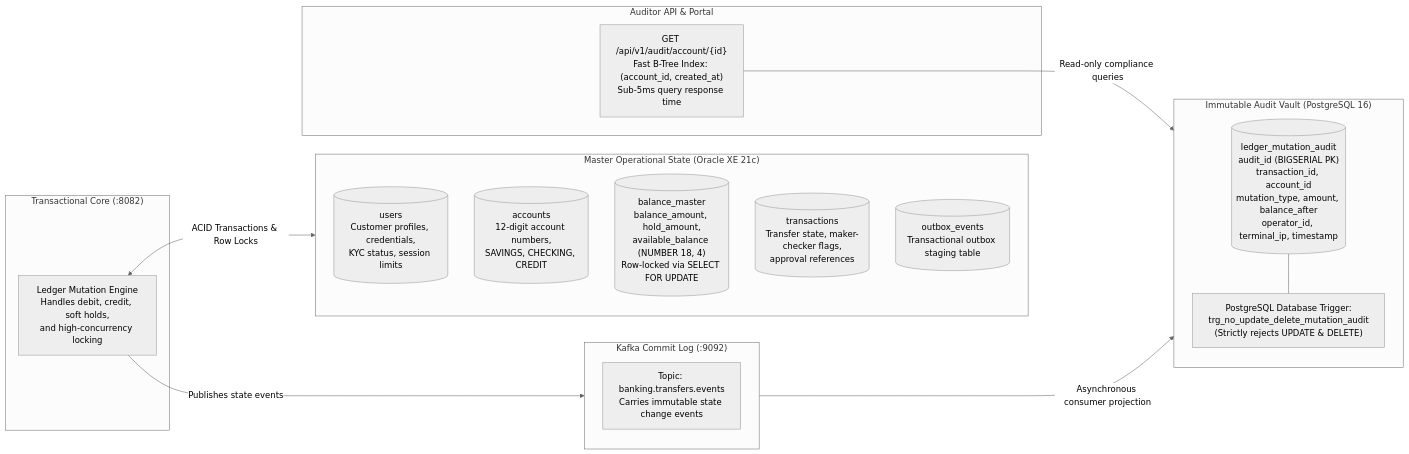
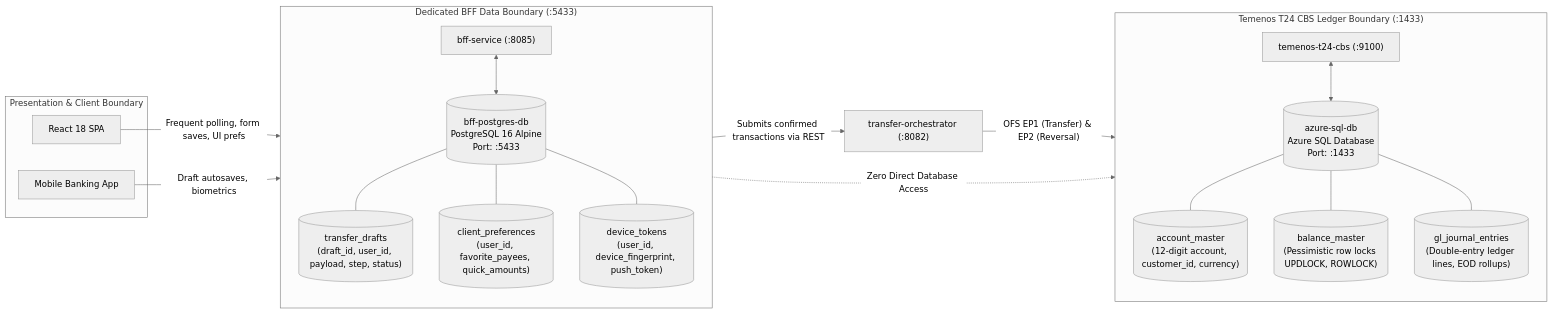
The fifth of 7 diagrams in ARCHITECTURE_DIAGRAMS.md (jmbilbao25/group3_fse_capstone), drawn with Mermaid (neutral theme) before and after one commit. The commit also changed other lines of this file, not shown here.

Commit message:
docs: update architecture diagrams with database separation and c1-c4 details

````diff
--- a/ARCHITECTURE_DIAGRAMS.md
+++ b/ARCHITECTURE_DIAGRAMS.md
@@ -302,35 +261,42 @@
 ```mermaid
 flowchart LR
-    subgraph OperationalStore["Master Operational State (Oracle XE 21c)"]
-        direction TB
-        OracleUsers[("users<br/>Customer profiles, credentials,<br/>KYC status, session limits")]
-        OracleAccounts[("accounts<br/>12-digit account numbers,<br/>SAVINGS, CHECKING, CREDIT")]
-        OracleBalance[("balance_master<br/>balance_amount, hold_amount,<br/>available_balance (NUMBER 18, 4)<br/>Row-locked via SELECT FOR UPDATE")]
-        OracleTx[("transactions<br/>Transfer state, maker-checker flags,<br/>approval references")]
-        OracleOutbox[("outbox_events<br/>Transactional outbox staging table")]
+    subgraph ClientPresentation["Presentation & Client Boundary"]
+        WebClient["React 18 SPA"]
+        MobileClient["Mobile Banking App"]
     end
 
-    subgraph LiveTransactions["Transactional Core (:8082)"]
-        LedgerCore["Ledger Mutation Engine<br/>Handles debit, credit, soft holds,<br/>and high-concurrency locking"]
+    subgraph BFFDataBoundary["Dedicated BFF Data Boundary (:5433)"]
+        direction TB
+        BFFSvc["bff-service (:8085)"]
+        BFFDB[("bff-postgres-db<br/>PostgreSQL 16 Alpine<br/>Port: :5433")]
+        DraftsTable[("transfer_drafts<br/>(draft_id, user_id, payload, step, status)")]
+        PrefsTable[("client_preferences<br/>(user_id, favorite_payees, quick_amounts)")]
+        TokensTable[("device_tokens<br/>(user_id, device_fingerprint, push_token)")]
+
+        BFFSvc <--> BFFDB
+        BFFDB --- DraftsTable
+        BFFDB --- PrefsTable
+        BFFDB --- TokensTable
     end
 
-    subgraph EventStream["Kafka Commit Log (:9092)"]
-        EventsTopic["Topic: banking.transfers.events<br/>Carries immutable state change events"]
+    subgraph CoreCBSBoundary["Temenos T24 CBS Ledger Boundary (:1433)"]
+        direction TB
+        T24App["temenos-t24-cbs (:9100)"]
+        CBSMasterDB[("azure-sql-db<br/>Azure SQL Database<br/>Port: :1433")]
+        AccountTable[("account_master<br/>(12-digit account, customer_id, currency)")]
+        BalanceTable[("balance_master<br/>(Pessimistic row locks UPDLOCK, ROWLOCK)")]
+        GLJournal[("gl_journal_entries<br/>(Double-entry ledger lines, EOD rollups)")]
+
+        T24App <--> CBSMasterDB
+        CBSMasterDB --- AccountTable
+        CBSMasterDB --- BalanceTable
+        CBSMasterDB --- GLJournal
     end
 
-    subgraph AuditStore["Immutable Audit Vault (PostgreSQL 16)"]
-        direction TB
-        AuditLog[("ledger_mutation_audit<br/>audit_id (BIGSERIAL PK)<br/>transaction_id, account_id<br/>mutation_type, amount, balance_after<br/>operator_id, terminal_ip, timestamp")]
-        TriggerBlock["PostgreSQL Database Trigger:<br/>trg_no_update_delete_mutation_audit<br/>(Strictly rejects UPDATE & DELETE)"]
-        AuditLog --- TriggerBlock
-    end
+    WebClient -->|"Frequent polling, form saves, UI prefs"| BFFSvc
+    MobileClient -->|"Draft autosaves, biometrics"| BFFSvc
 
-    subgraph AuditorAccess["Auditor API & Portal"]
-        AuditorEndpoint["GET /api/v1/audit/account/{id}<br/>Fast B-Tree Index: (account_id, created_at)<br/>Sub-5ms query response time"]
-    end
-
-    LedgerCore <-->|"ACID Transactions & Row Locks"| OperationalStore
-    LedgerCore -->|"Publishes state events"| EventStream
-    EventStream -->|"Asynchronous consumer projection"| AuditLog
-    AuditorEndpoint -->|"Read-only compliance queries"| AuditLog
+    BFFSvc -.->|"Zero Direct Database Access"| CBSMasterDB
+    BFFSvc -->|"Submits confirmed transactions via REST"| OrchestratorSvc["transfer-orchestrator (:8082)"]
+    OrchestratorSvc -->|"OFS EP1 (Transfer) & EP2 (Reversal)"| T24App
 ```
````
